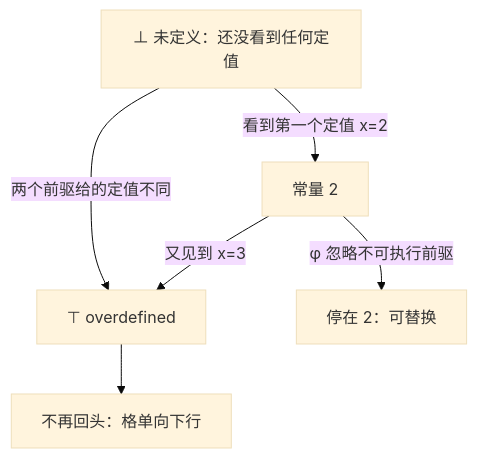
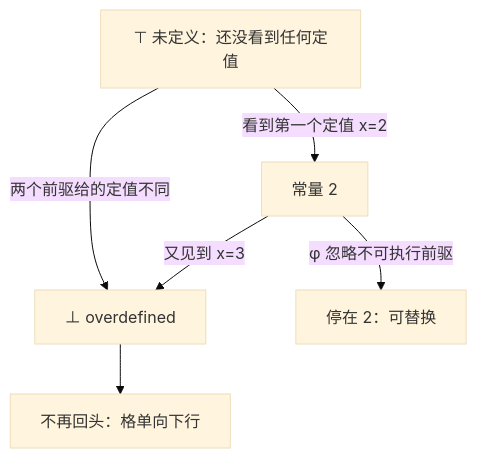
The second of 2 diagrams in docs/cs/sccp.md (xhongduo-tech/xhongduo-tech.github.io), drawn with Mermaid (base theme) before and after one commit. The commit also changed other lines of this file and 8 other files, not shown here.

````diff
--- a/docs/cs/sccp.md
+++ b/docs/cs/sccp.md
@@ -47,8 +47,8 @@
 ```mermaid
 flowchart TD
-  BOT["⊥ 未定义：还没看到任何定值"] -->|"看到第一个定值 x=2"| C["常量 2"]
-  BOT -->|"两个前驱给的定值不同"| TOP["⊤ overdefined"]
+  BOT["⊤ 未定义：还没看到任何定值"] -->|"看到第一个定值 x=2"| C["常量 2"]
+  BOT -->|"两个前驱给的定值不同"| TOP["⊥ overdefined"]
   C -->|"又见到 x=3"| TOP
   C -->|"φ 忽略不可执行前驱"| STAY["停在 2：可替换"]
   TOP --> NORET["不再回头：格单向下行"]
 ```
````
